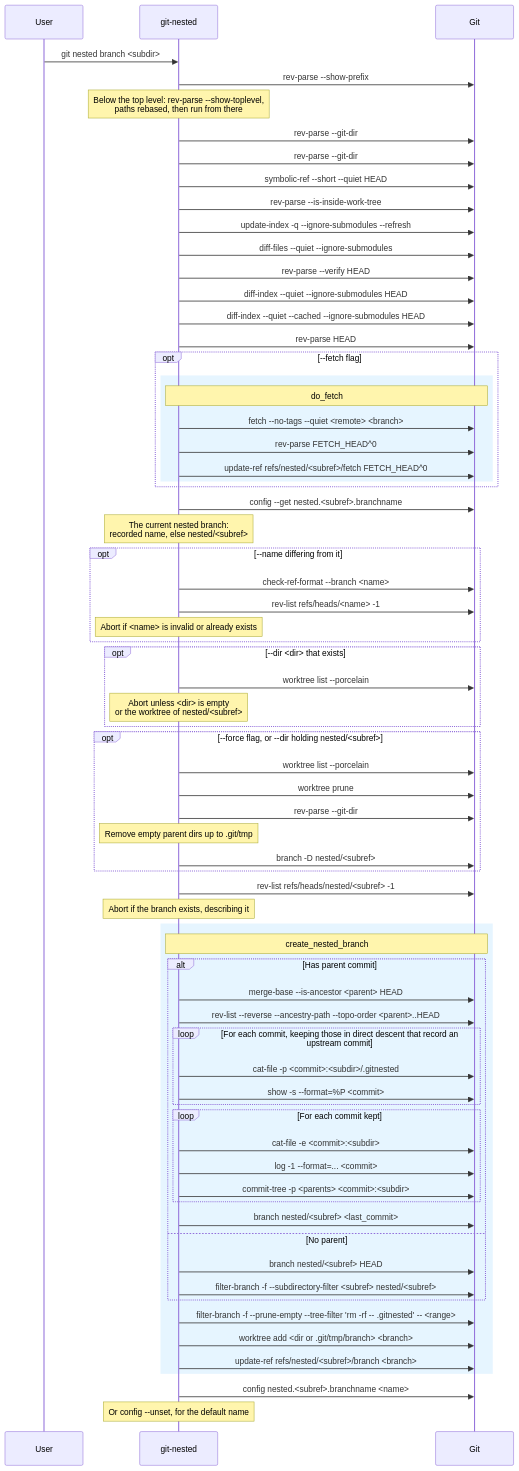
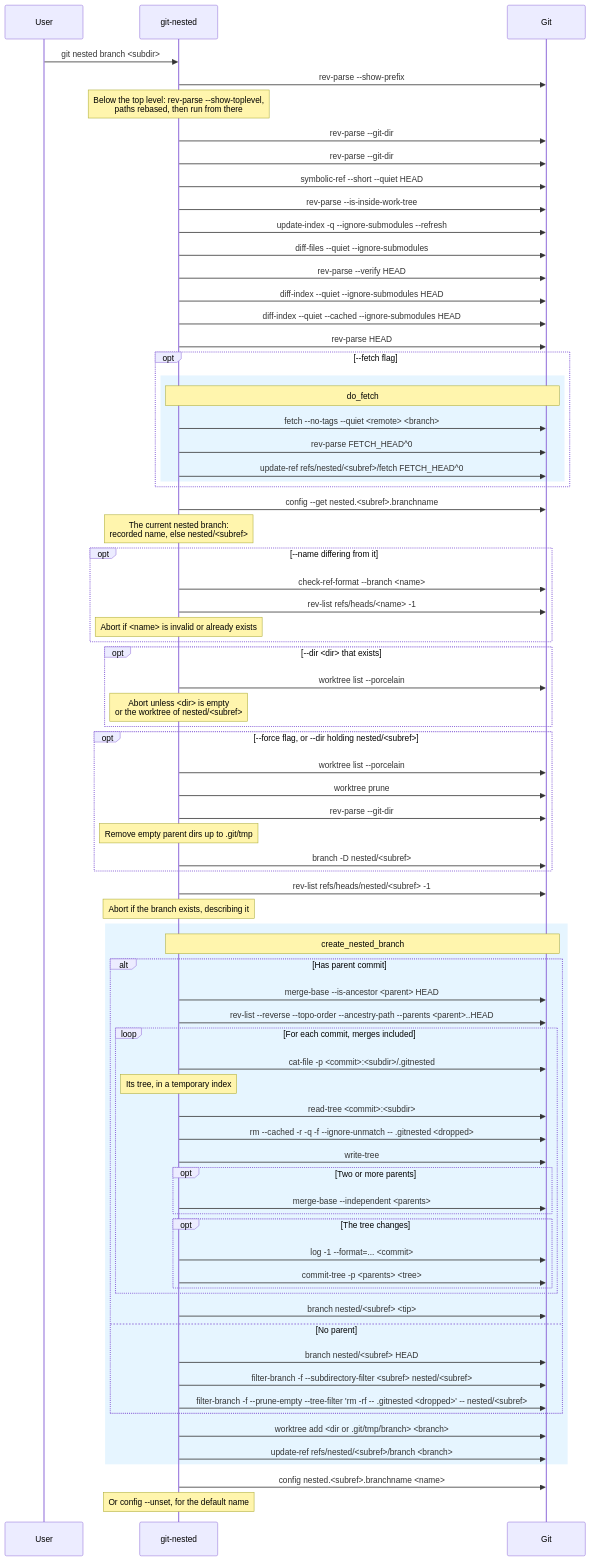
One commit to thorsten-klein/git-nested changed the sixth of 14 diagrams in docs/diagrams.md. Above: the diagram before and after it, drawn with Mermaid. The commit also changed other lines of this file and 4 other files, not shown here.

```diff
--- a/docs/diagrams.md
+++ b/docs/diagrams.md
@@ -381,23 +385,28 @@
         Note over git-nested,Git: create_nested_branch
         alt Has parent commit
             git-nested->>Git: merge-base --is-ancestor <parent> HEAD
-            git-nested->>Git: rev-list --reverse --ancestry-path --topo-order <parent>..HEAD
-            loop For each commit, keeping those in direct descent that record an upstream commit
+            git-nested->>Git: rev-list --reverse --topo-order --ancestry-path --parents <parent>..HEAD
+            loop For each commit, merges included
                 git-nested->>Git: cat-file -p <commit>:<subdir>/.gitnested
-                git-nested->>Git: show -s --format=%P <commit>
+                Note over git-nested: Its tree, in a temporary index
+                git-nested->>Git: read-tree <commit>:<subdir>
+                git-nested->>Git: rm --cached -r -q -f --ignore-unmatch -- .gitnested <dropped>
+                git-nested->>Git: write-tree
+                opt Two or more parents
+                    git-nested->>Git: merge-base --independent <parents>
+                end
+                opt The tree changes
+                    git-nested->>Git: log -1 --format=... <commit>
+                    git-nested->>Git: commit-tree -p <parents> <tree>
+                end
             end
-            loop For each commit kept
-                git-nested->>Git: cat-file -e <commit>:<subdir>
-                git-nested->>Git: log -1 --format=... <commit>
-                git-nested->>Git: commit-tree -p <parents> <commit>:<subdir>
-            end
-            git-nested->>Git: branch nested/<subref> <last_commit>
+            git-nested->>Git: branch nested/<subref> <tip>
         else No parent
             git-nested->>Git: branch nested/<subref> HEAD
             git-nested->>Git: filter-branch -f --subdirectory-filter <subref> nested/<subref>
+            git-nested->>Git: filter-branch -f --prune-empty --tree-filter 'rm -rf -- .gitnested <dropped>' -- nested/<subref>
         end
 
-        git-nested->>Git: filter-branch -f --prune-empty --tree-filter 'rm -rf -- .gitnested' -- <range>
         git-nested->>Git: worktree add <dir or .git/tmp/branch> <branch>
         git-nested->>Git: update-ref refs/nested/<subref>/branch <branch>
     end
```
